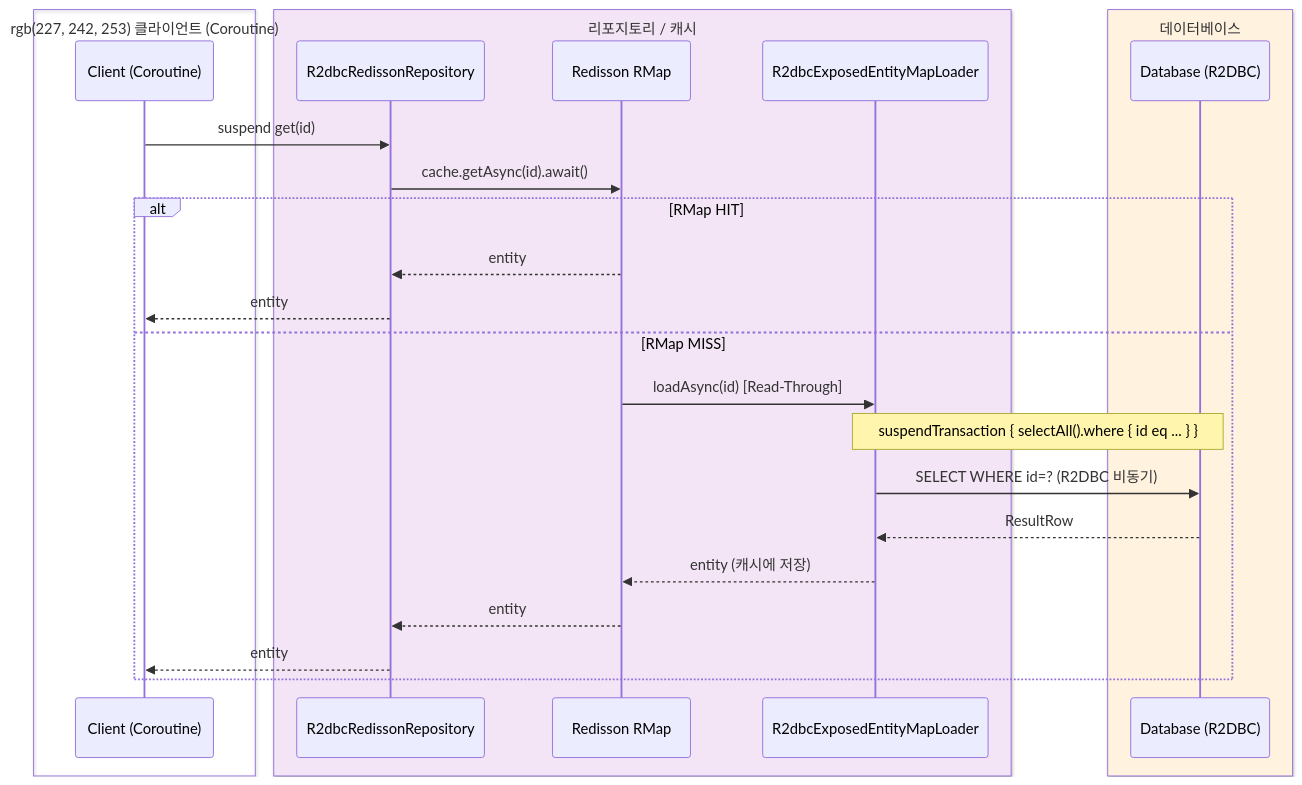
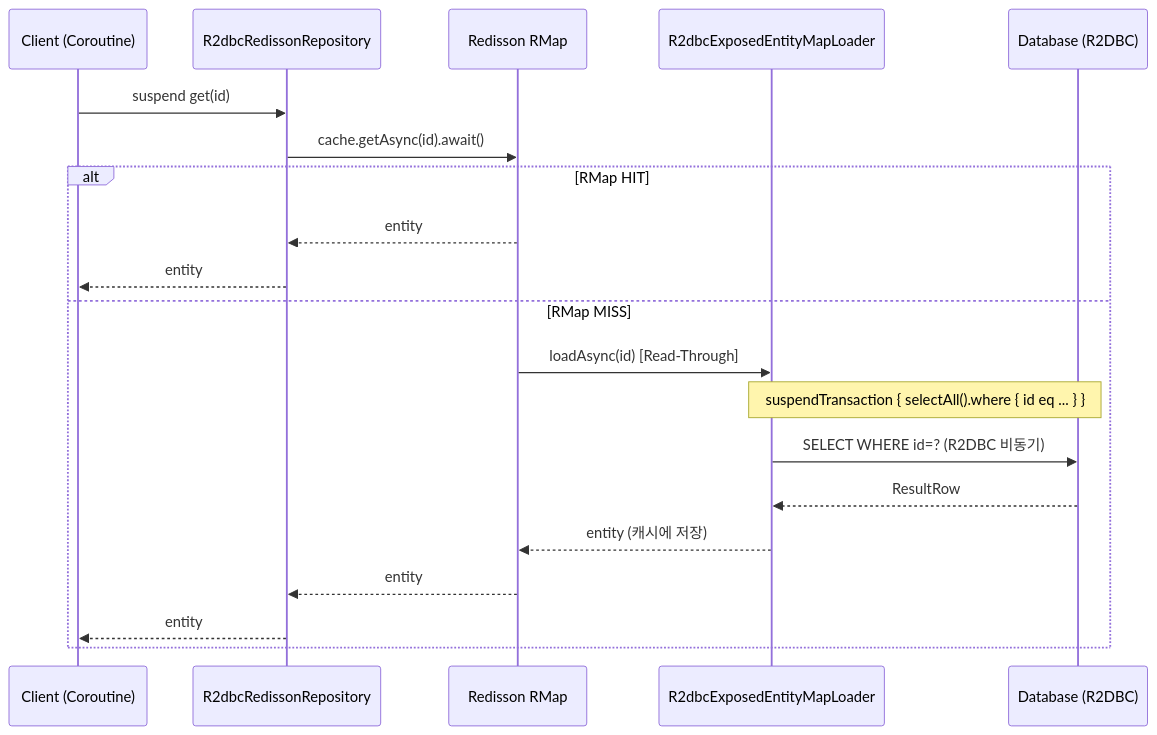
Before and after one commit to bluetape4k/bluetape4k-projects: the third of 5 diagrams in data/exposed-r2dbc-redisson/README.ko.md, drawn with Mermaid. The commit also changed other lines of this file and 219 other files, not shown here.

First line of the commit message:
docs: 전체 README Mermaid 다이어그램 가이드 적용

````diff
--- a/data/exposed-r2dbc-redisson/README.ko.md
+++ b/data/exposed-r2dbc-redisson/README.ko.md
@@ -241,29 +241,23 @@
 ```mermaid
 sequenceDiagram
-    box rgb(227, 242, 253) 클라이언트 (Coroutine)
         participant Client as Client (Coroutine)
-    end
-    box rgb(243, 229, 245) 리포지토리 / 캐시
         participant Repo as R2dbcRedissonRepository
         participant RMap as Redisson RMap
         participant Loader as R2dbcExposedEntityMapLoader
-    end
-    box rgb(255, 243, 224) 데이터베이스
         participant DB as Database (R2DBC)
-    end
 
     Client ->> Repo: suspend get(id)
     Repo ->> RMap: cache.getAsync(id).await()
     alt RMap HIT
         RMap -->> Repo: entity
         Repo -->> Client: entity
     else RMap MISS
         RMap ->> Loader: loadAsync(id) [Read-Through]
         Note over Loader, DB: suspendTransaction { selectAll().where { id eq ... } }
         Loader ->> DB: SELECT WHERE id=? (R2DBC 비동기)
         DB -->> Loader: ResultRow
         Loader -->> RMap: entity (캐시에 저장)
         RMap -->> Repo: entity
         Repo -->> Client: entity
     end
 ```
````
